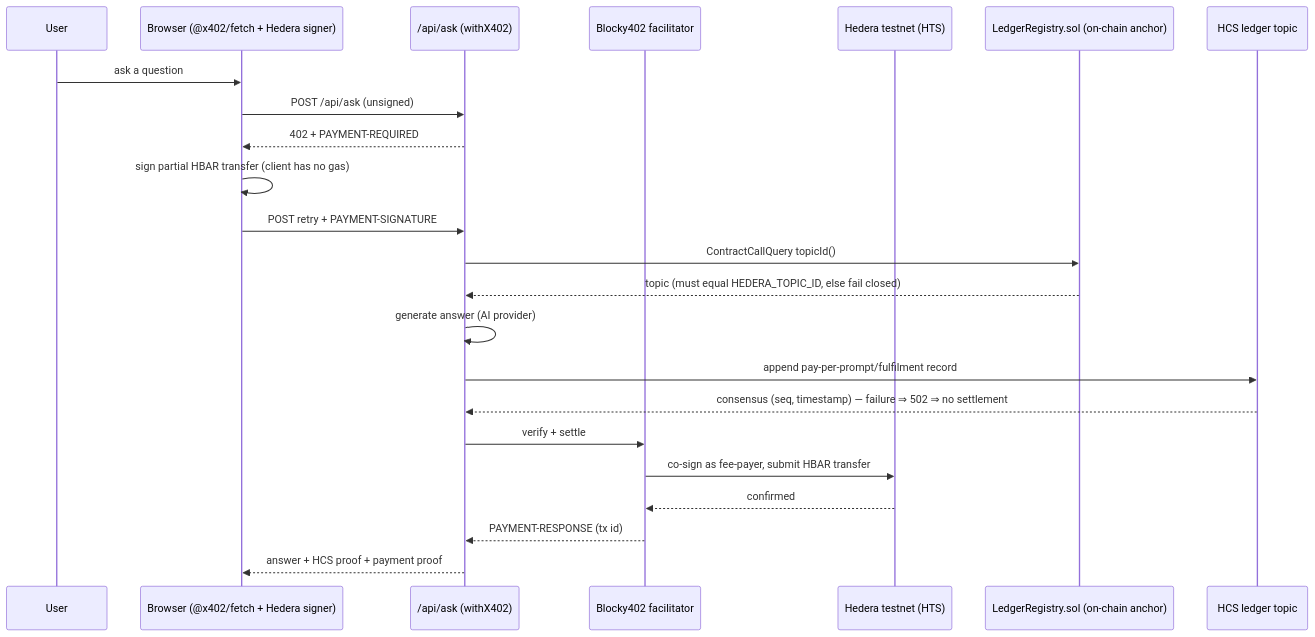
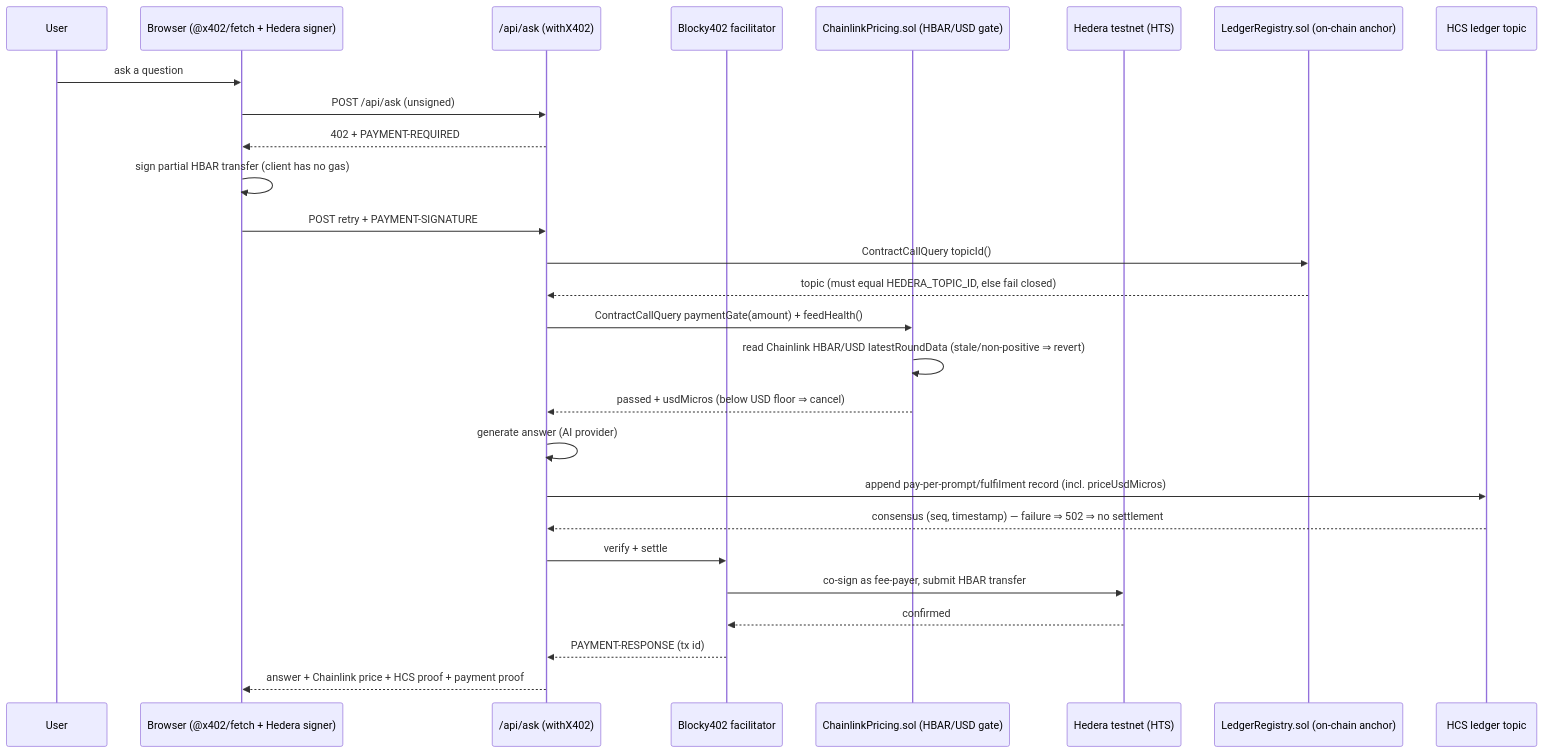
Before and after one commit to KaushalGoud/pay-per-prompt: the diagram in README.md, drawn with Mermaid. The commit also changed other lines of this file and 18 other files, not shown here.

First line of the commit message:
feat: add Chainlink HBAR/USD fair-price gate (load-bearing oracle)

````diff
--- a/README.md
+++ b/README.md
@@ -93,26 +114,30 @@
 ```mermaid
 sequenceDiagram
     participant U as User
     participant UI as Browser (@x402/fetch + Hedera signer)
     participant API as /api/ask (withX402)
     participant F as Blocky402 facilitator
+    participant PC as ChainlinkPricing.sol (HBAR/USD gate)
     participant H as Hedera testnet (HTS)
     participant C as LedgerRegistry.sol (on-chain anchor)
     participant L as HCS ledger topic
 
     U->>UI: ask a question
     UI->>API: POST /api/ask (unsigned)
     API-->>UI: 402 + PAYMENT-REQUIRED
     UI->>UI: sign partial HBAR transfer (client has no gas)
     UI->>API: POST retry + PAYMENT-SIGNATURE
     API->>C: ContractCallQuery topicId()
     C-->>API: topic (must equal HEDERA_TOPIC_ID, else fail closed)
+    API->>PC: ContractCallQuery paymentGate(amount) + feedHealth()
+    PC->>PC: read Chainlink HBAR/USD latestRoundData (stale/non-positive ⇒ revert)
+    PC-->>API: passed + usdMicros (below USD floor ⇒ cancel)
     API->>API: generate answer (AI provider)
-    API->>L: append pay-per-prompt/fulfilment record
+    API->>L: append pay-per-prompt/fulfilment record (incl. priceUsdMicros)
     L-->>API: consensus (seq, timestamp) — failure ⇒ 502 ⇒ no settlement
     API->>F: verify + settle
     F->>H: co-sign as fee-payer, submit HBAR transfer
     H-->>F: confirmed
     F-->>API: PAYMENT-RESPONSE (tx id)
-    API-->>UI: answer + HCS proof + payment proof
+    API-->>UI: answer + Chainlink price + HCS proof + payment proof
 ```
````
